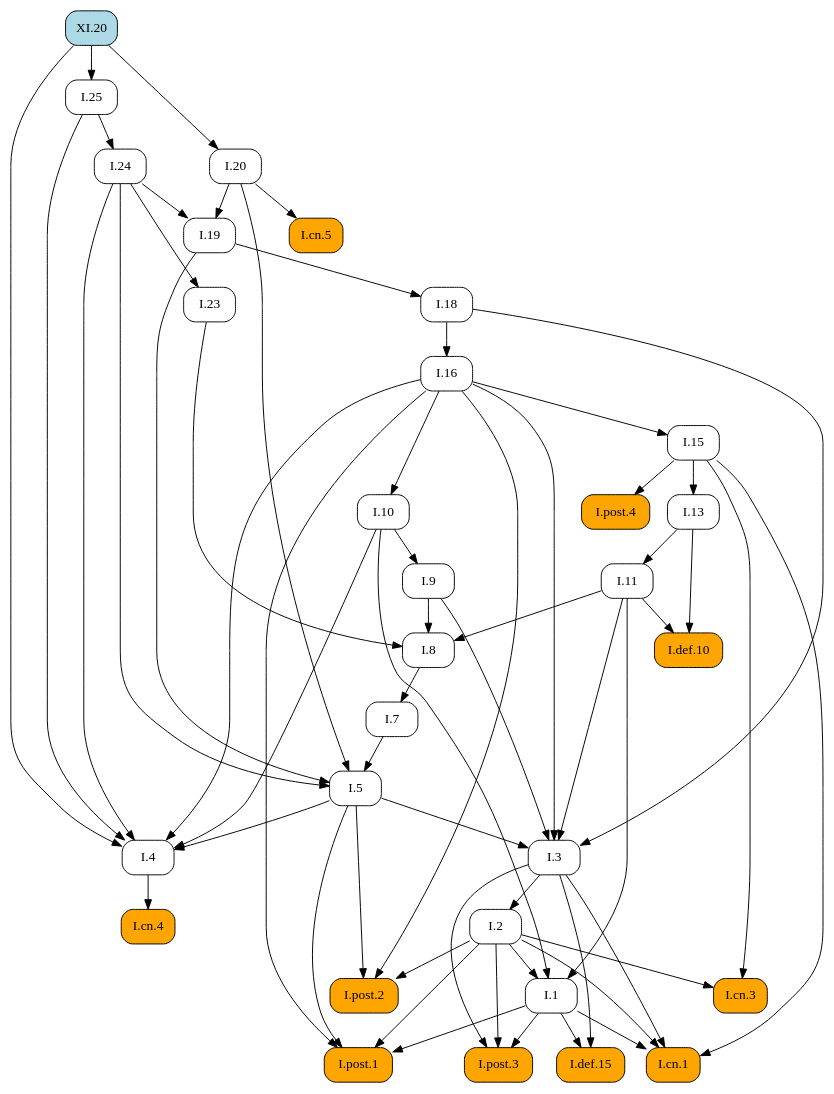
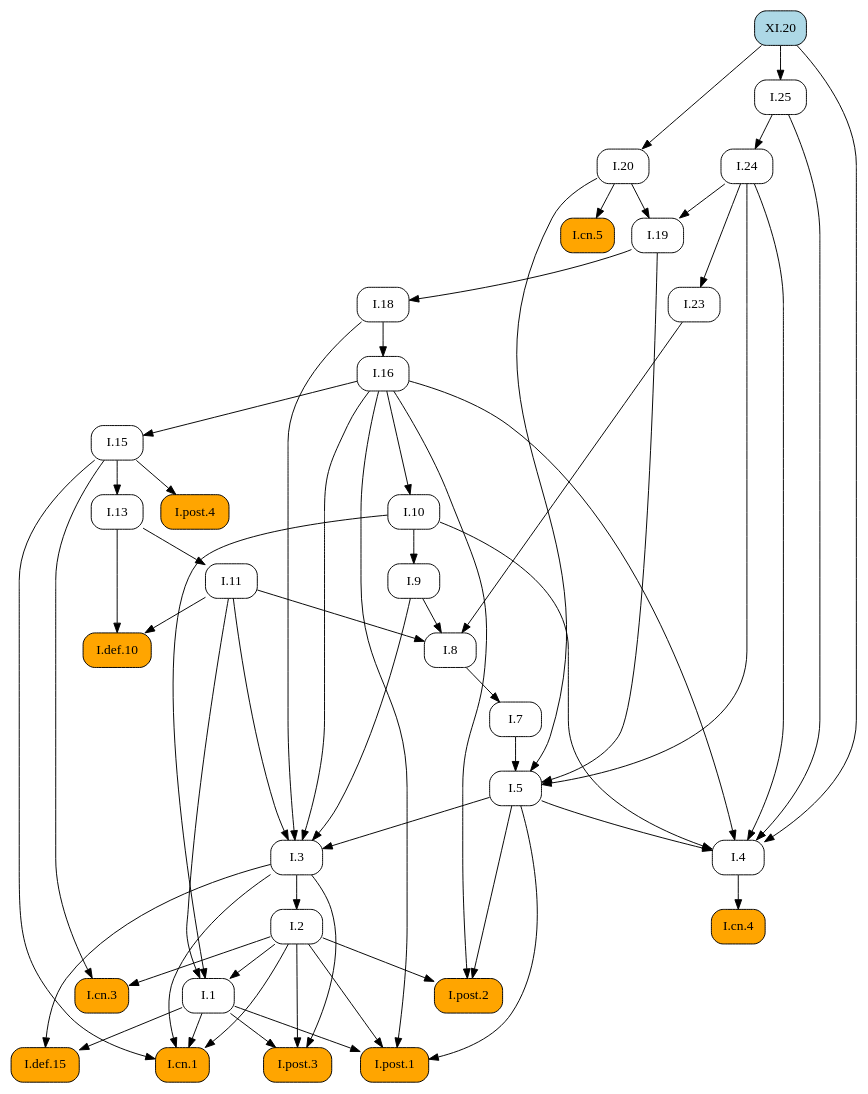
One commit to geometor/elements changed the diagram in docsrc/heath/XI/20/index.rst. Above: the diagram before and after it, drawn with Graphviz. The commit also changed other lines of this file and 1029 other files, not shown here.

```diff
--- a/docsrc/heath/XI/20/index.rst
+++ b/docsrc/heath/XI/20/index.rst
@@ -42,93 +42,93 @@
    digraph {
      rankdir="TB";
      node [shape=box, style=rounded];
-     "I.13" [URL="/heath/I/13/", target="_top"];
-     "I.cn.3" [style="rounded,filled", fillcolor=orange, URL="/heath/I/cn.3/", target="_top"];
-     "XI.20" [style="rounded,filled", fillcolor=lightblue, URL="/heath/XI/20/", target="_top"];
-     "I.5" [URL="/heath/I/5/", target="_top"];
+     "I.def.10" [style="rounded,filled", fillcolor=orange, URL="/heath/I/def.10/", target="_top"];
+     "I.cn.5" [style="rounded,filled", fillcolor=orange, URL="/heath/I/cn.5/", target="_top"];
+     "I.post.4" [style="rounded,filled", fillcolor=orange, URL="/heath/I/post.4/", target="_top"];
+     "I.1" [URL="/heath/I/1/", target="_top"];
      "I.11" [URL="/heath/I/11/", target="_top"];
      "I.7" [URL="/heath/I/7/", target="_top"];
-     "I.10" [URL="/heath/I/10/", target="_top"];
-     "I.4" [URL="/heath/I/4/", target="_top"];
-     "I.3" [URL="/heath/I/3/", target="_top"];
-     "I.16" [URL="/heath/I/16/", target="_top"];
-     "I.8" [URL="/heath/I/8/", target="_top"];
-     "I.9" [URL="/heath/I/9/", target="_top"];
-     "I.25" [URL="/heath/I/25/", target="_top"];
-     "I.def.10" [style="rounded,filled", fillcolor=orange, URL="/heath/I/def.10/", target="_top"];
-     "I.post.4" [style="rounded,filled", fillcolor=orange, URL="/heath/I/post.4/", target="_top"];
-     "I.post.2" [style="rounded,filled", fillcolor=orange, URL="/heath/I/post.2/", target="_top"];
-     "I.2" [URL="/heath/I/2/", target="_top"];
-     "I.def.15" [style="rounded,filled", fillcolor=orange, URL="/heath/I/def.15/", target="_top"];
-     "I.1" [URL="/heath/I/1/", target="_top"];
-     "I.post.3" [style="rounded,filled", fillcolor=orange, URL="/heath/I/post.3/", target="_top"];
-     "I.post.1" [style="rounded,filled", fillcolor=orange, URL="/heath/I/post.1/", target="_top"];
-     "I.cn.5" [style="rounded,filled", fillcolor=orange, URL="/heath/I/cn.5/", target="_top"];
      "I.20" [URL="/heath/I/20/", target="_top"];
      "I.24" [URL="/heath/I/24/", target="_top"];
+     "I.3" [URL="/heath/I/3/", target="_top"];
+     "I.2" [URL="/heath/I/2/", target="_top"];
+     "I.4" [URL="/heath/I/4/", target="_top"];
+     "XI.20" [style="rounded,filled", fillcolor=lightblue, URL="/heath/XI/20/", target="_top"];
+     "I.13" [URL="/heath/I/13/", target="_top"];
+     "I.post.2" [style="rounded,filled", fillcolor=orange, URL="/heath/I/post.2/", target="_top"];
+     "I.18" [URL="/heath/I/18/", target="_top"];
+     "I.16" [URL="/heath/I/16/", target="_top"];
+     "I.def.15" [style="rounded,filled", fillcolor=orange, URL="/heath/I/def.15/", target="_top"];
+     "I.19" [URL="/heath/I/19/", target="_top"];
+     "I.post.3" [style="rounded,filled", fillcolor=orange, URL="/heath/I/post.3/", target="_top"];
+     "I.9" [URL="/heath/I/9/", target="_top"];
+     "I.cn.1" [style="rounded,filled", fillcolor=orange, URL="/heath/I/cn.1/", target="_top"];
+     "I.cn.3" [style="rounded,filled", fillcolor=orange, URL="/heath/I/cn.3/", target="_top"];
+     "I.8" [URL="/heath/I/8/", target="_top"];
+     "I.25" [URL="/heath/I/25/", target="_top"];
      "I.cn.4" [style="rounded,filled", fillcolor=orange, URL="/heath/I/cn.4/", target="_top"];
-     "I.cn.1" [style="rounded,filled", fillcolor=orange, URL="/heath/I/cn.1/", target="_top"];
+     "I.23" [URL="/heath/I/23/", target="_top"];
      "I.15" [URL="/heath/I/15/", target="_top"];
-     "I.19" [URL="/heath/I/19/", target="_top"];
-     "I.18" [URL="/heath/I/18/", target="_top"];
-     "I.23" [URL="/heath/I/23/", target="_top"];
-     "I.15" -> "I.13";
-     "I.2" -> "I.cn.3";
-     "I.15" -> "I.cn.3";
-     "I.7" -> "I.5";
-     "I.19" -> "I.5";
-     "I.20" -> "I.5";
-     "I.24" -> "I.5";
+     "I.post.1" [style="rounded,filled", fillcolor=orange, URL="/heath/I/post.1/", target="_top"];
+     "I.10" [URL="/heath/I/10/", target="_top"];
+     "I.5" [URL="/heath/I/5/", target="_top"];
+     "I.11" -> "I.def.10";
+     "I.13" -> "I.def.10";
+     "I.20" -> "I.cn.5";
+     "I.15" -> "I.post.4";
+     "I.2" -> "I.1";
+     "I.10" -> "I.1";
+     "I.11" -> "I.1";
      "I.13" -> "I.11";
      "I.8" -> "I.7";
-     "I.16" -> "I.10";
+     "XI.20" -> "I.20";
+     "I.25" -> "I.24";
+     "I.5" -> "I.3";
+     "I.9" -> "I.3";
+     "I.11" -> "I.3";
+     "I.16" -> "I.3";
+     "I.18" -> "I.3";
+     "I.3" -> "I.2";
      "I.5" -> "I.4";
      "I.10" -> "I.4";
      "I.16" -> "I.4";
      "I.24" -> "I.4";
      "I.25" -> "I.4";
      "XI.20" -> "I.4";
-     "I.5" -> "I.3";
-     "I.9" -> "I.3";
-     "I.11" -> "I.3";
-     "I.16" -> "I.3";
-     "I.18" -> "I.3";
+     "I.15" -> "I.13";
+     "I.2" -> "I.post.2";
+     "I.5" -> "I.post.2";
+     "I.16" -> "I.post.2";
+     "I.19" -> "I.18";
      "I.18" -> "I.16";
+     "I.1" -> "I.def.15";
+     "I.3" -> "I.def.15";
+     "I.20" -> "I.19";
+     "I.24" -> "I.19";
+     "I.1" -> "I.post.3";
+     "I.2" -> "I.post.3";
+     "I.3" -> "I.post.3";
+     "I.10" -> "I.9";
+     "I.1" -> "I.cn.1";
+     "I.2" -> "I.cn.1";
+     "I.3" -> "I.cn.1";
+     "I.15" -> "I.cn.1";
+     "I.2" -> "I.cn.3";
+     "I.15" -> "I.cn.3";
      "I.9" -> "I.8";
      "I.11" -> "I.8";
      "I.23" -> "I.8";
-     "I.10" -> "I.9";
      "XI.20" -> "I.25";
-     "I.11" -> "I.def.10";
-     "I.13" -> "I.def.10";
-     "I.15" -> "I.post.4";
-     "I.2" -> "I.post.2";
-     "I.5" -> "I.post.2";
-     "I.16" -> "I.post.2";
-     "I.3" -> "I.2";
-     "I.1" -> "I.def.15";
-     "I.3" -> "I.def.15";
-     "I.2" -> "I.1";
-     "I.10" -> "I.1";
-     "I.11" -> "I.1";
-     "I.1" -> "I.post.3";
-     "I.2" -> "I.post.3";
-     "I.3" -> "I.post.3";
+     "I.4" -> "I.cn.4";
+     "I.24" -> "I.23";
+     "I.16" -> "I.15";
      "I.1" -> "I.post.1";
      "I.2" -> "I.post.1";
      "I.5" -> "I.post.1";
      "I.16" -> "I.post.1";
-     "I.20" -> "I.cn.5";
-     "XI.20" -> "I.20";
-     "I.25" -> "I.24";
-     "I.4" -> "I.cn.4";
-     "I.1" -> "I.cn.1";
-     "I.2" -> "I.cn.1";
-     "I.3" -> "I.cn.1";
-     "I.15" -> "I.cn.1";
-     "I.16" -> "I.15";
-     "I.20" -> "I.19";
-     "I.24" -> "I.19";
-     "I.19" -> "I.18";
-     "I.24" -> "I.23";
+     "I.16" -> "I.10";
+     "I.7" -> "I.5";
+     "I.19" -> "I.5";
+     "I.20" -> "I.5";
+     "I.24" -> "I.5";
    }
```
